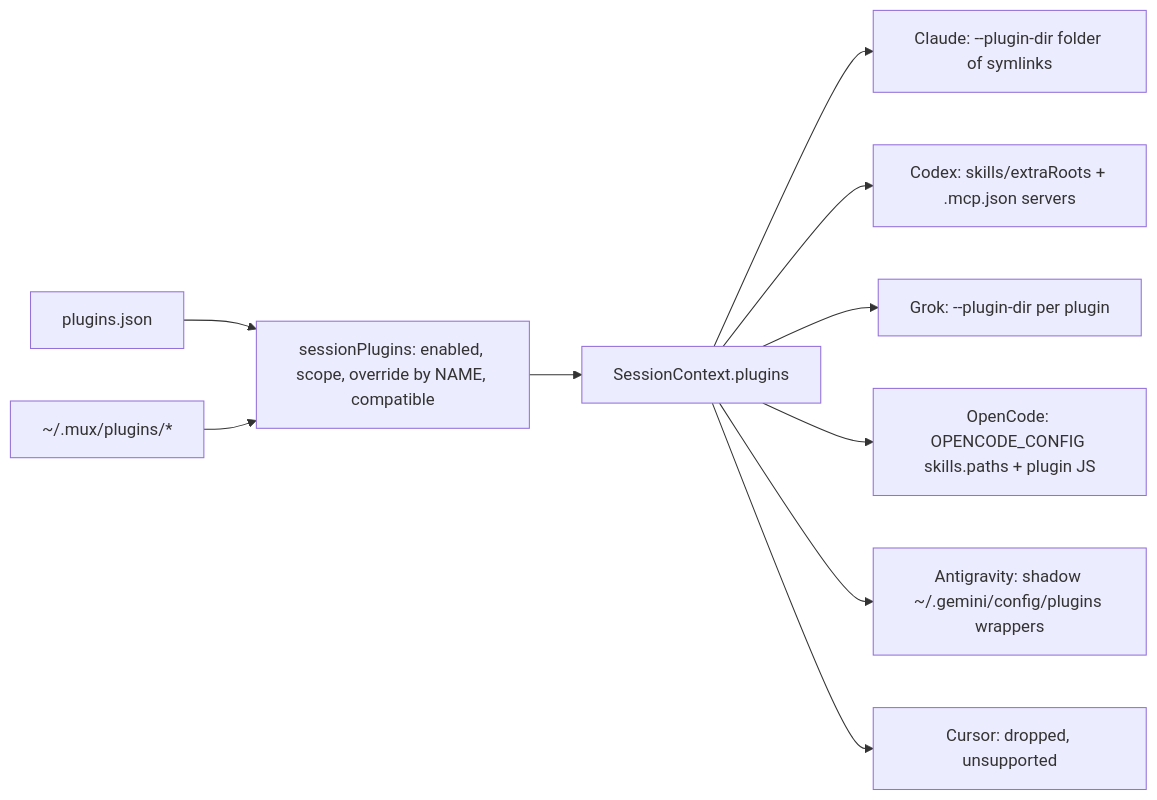
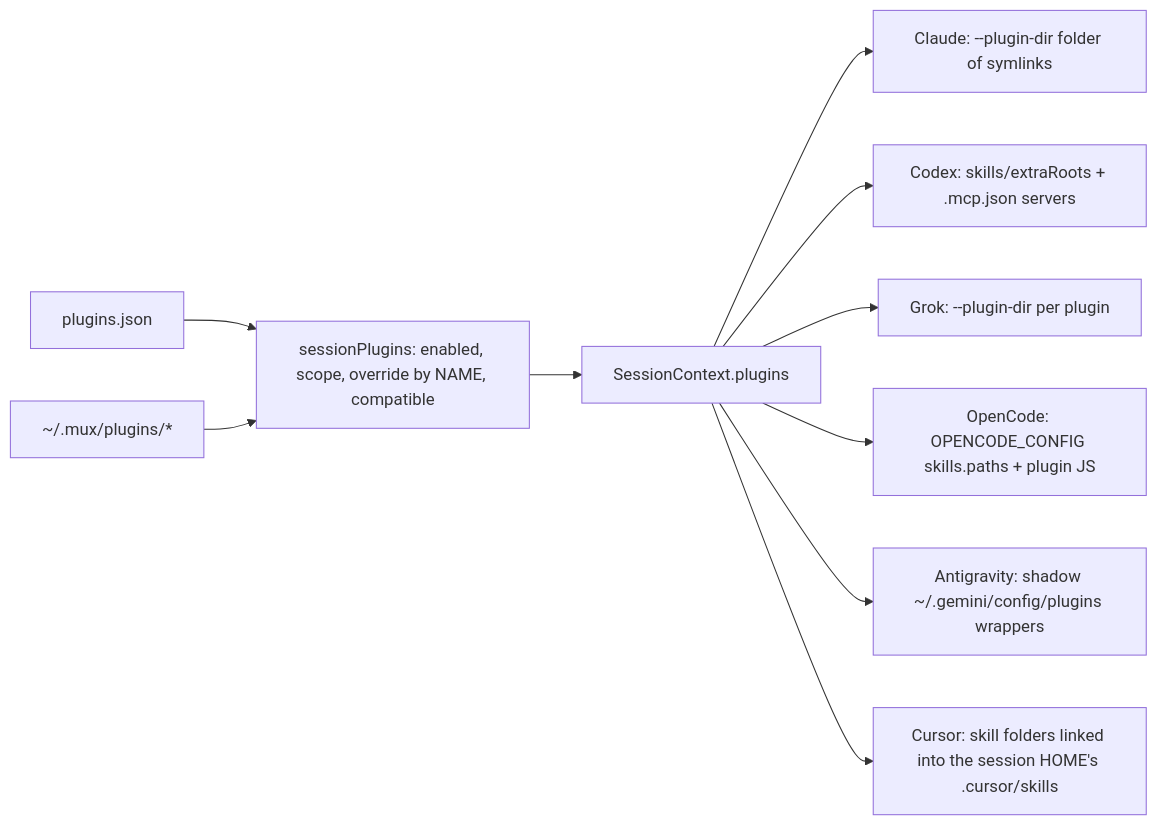
The diagram in docs/core-design/plugin-sharing.md (UstaLabs/supermux), drawn with Mermaid before and after one commit. The commit also changed other lines of this file and 10 other files, not shown here.

First line of the commit message:
feat(cursor): Cursor sessions get their plugin skills, linked into the session's own HOME (#102)

````diff
--- a/docs/core-design/plugin-sharing.md
+++ b/docs/core-design/plugin-sharing.md
@@ -20,12 +20,12 @@
 ```mermaid
 flowchart LR
   R[plugins.json] --> S[sessionPlugins: enabled, scope, override by NAME, compatible]
   T[~/.mux/plugins/*] --> S
   S --> C[SessionContext.plugins]
   C --> CL[Claude: --plugin-dir folder of symlinks]
   C --> CX[Codex: skills/extraRoots + .mcp.json servers]
   C --> GR[Grok: --plugin-dir per plugin]
   C --> OC[OpenCode: OPENCODE_CONFIG skills.paths + plugin JS]
   C --> AG[Antigravity: shadow ~/.gemini/config/plugins wrappers]
-  C --> CU[Cursor: dropped, unsupported]
+  C --> CU[Cursor: skill folders linked into the session HOME's .cursor/skills]
 ```
````
